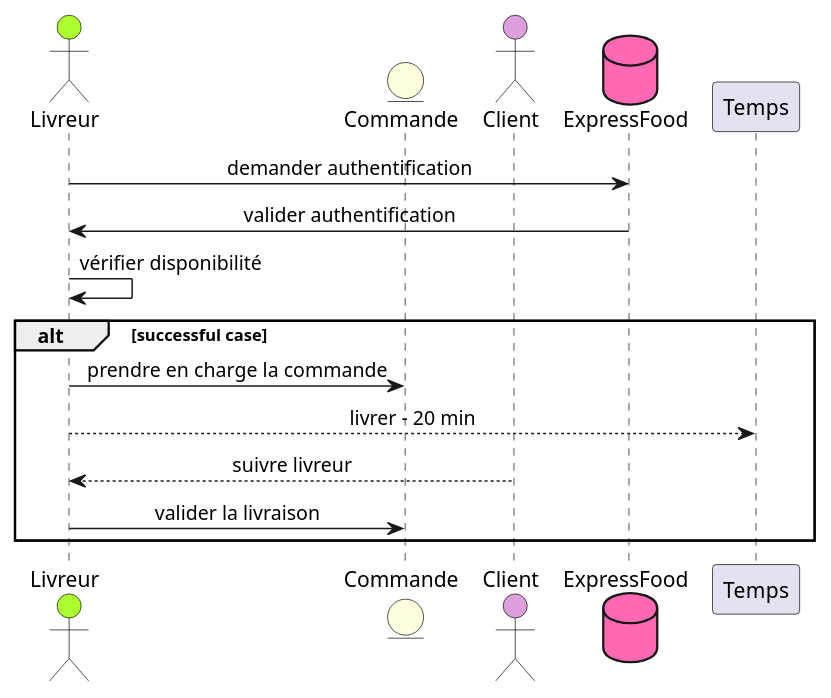
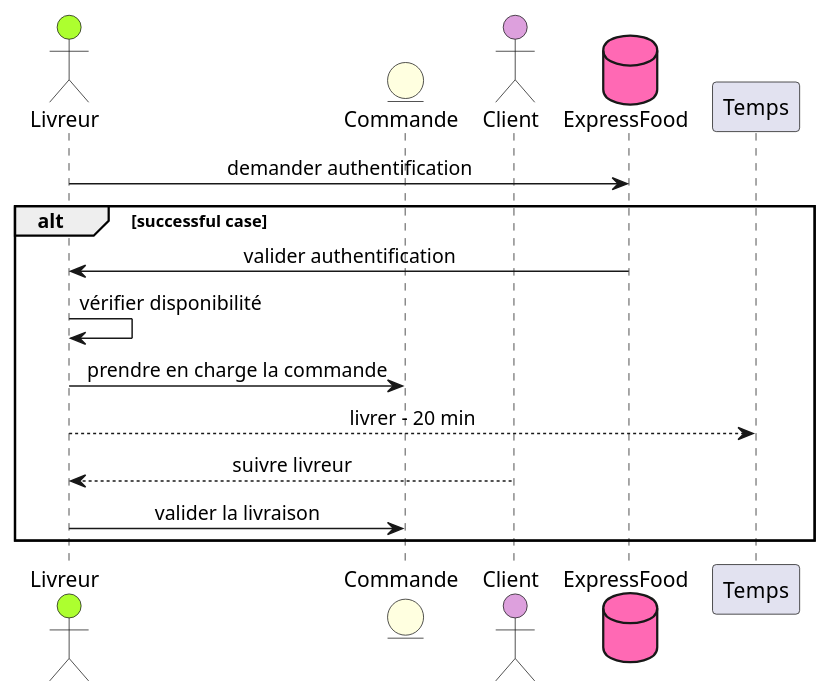
Before and after one commit to laurasullyalexandrine/expressfood: the diagram in Sequence/LivreurSequence.puml, drawn with PlantUML. The commit also changed other lines of this file and 2 other files, not shown here.

Commit message:
change termes to all Sequences

```diff
--- a/Sequence/LivreurSequence.puml
+++ b/Sequence/LivreurSequence.puml
@@ -1,27 +1,27 @@
 @startuml ClientSequence
 
 skinparam responseMessageBelowArrow true
 skinparam SequenceMessageAlignment center
 
 actor Livreur as Livreur #GreenYellow
 
 entity Commande as Commande #LightYellow
 
 actor Client as Client #Plum
 
 database ExpressFood as ExpressFood #HotPink
 
 Livreur -> ExpressFood: demander authentification
+alt successful case
 ExpressFood -> Livreur: valider authentification 
 
 Livreur -> Livreur: vérifier disponibilité
-alt successful case
 Livreur -> Commande: prendre en charge la commande
 
 Livreur --> Temps:livrer - 20 min
 Client --> Livreur: suivre livreur
 
 Livreur -> Commande: valider la livraison
 
 end
 @enduml
```
